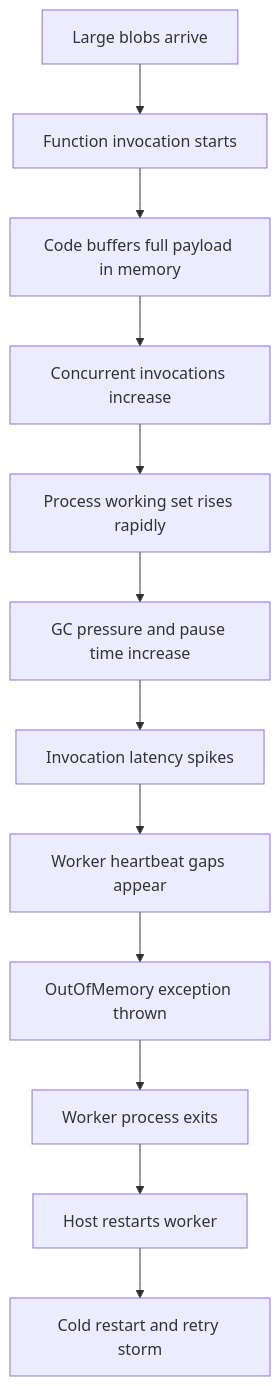
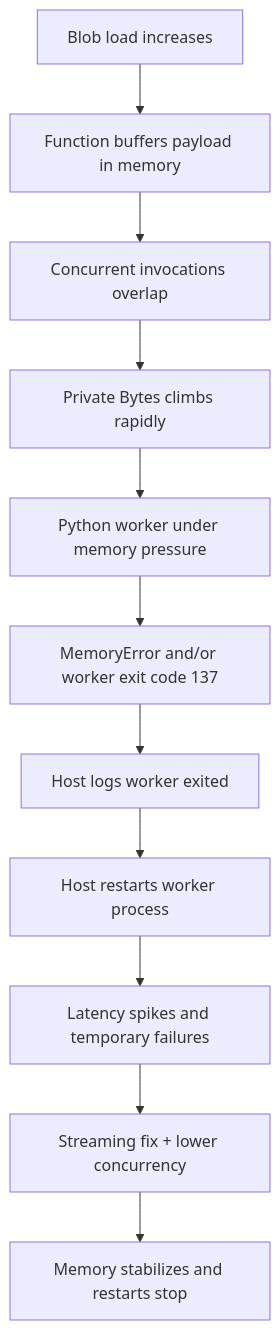
The first of 3 diagrams in docs/troubleshooting/lab-guides/out-of-memory-crash.md (yeongseon/azure-functions-practical-guide), drawn with Mermaid before and after one commit. The commit also changed other lines of this file and 21 other files, not shown here.

````diff
--- a/docs/troubleshooting/lab-guides/out-of-memory-crash.md
+++ b/docs/troubleshooting/lab-guides/out-of-memory-crash.md
@@ -28,14 +36,13 @@
 ```mermaid
 flowchart TD
-    A[Large blobs arrive] --> B[Function invocation starts]
-    B --> C[Code buffers full payload in memory]
-    C --> D[Concurrent invocations increase]
-    D --> E[Process working set rises rapidly]
-    E --> F[GC pressure and pause time increase]
-    F --> G[Invocation latency spikes]
-    G --> H[Worker heartbeat gaps appear]
-    H --> I[OutOfMemory exception thrown]
-    I --> J[Worker process exits]
-    J --> K[Host restarts worker]
-    K --> L[Cold restart and retry storm]
+    A[Blob load increases] --> B[Function buffers payload in memory]
+    B --> C[Concurrent invocations overlap]
+    C --> D[Private Bytes climbs rapidly]
+    D --> E[Python worker under memory pressure]
+    E --> F[MemoryError and/or worker exit code 137]
+    F --> G[Host logs worker exited]
+    G --> H[Host restarts worker process]
+    H --> I[Latency spikes and temporary failures]
+    I --> J[Streaming fix + lower concurrency]
+    J --> K[Memory stabilizes and restarts stop]
 ```
````
